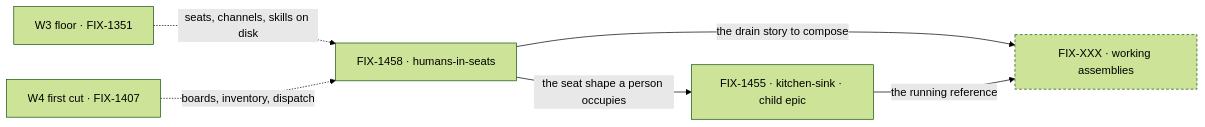
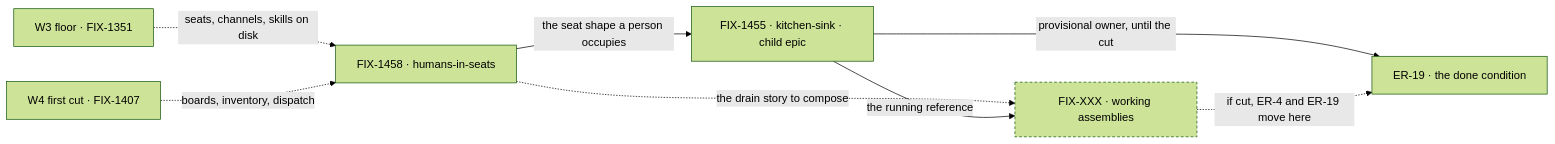
The diagram in spec/_epics/living-workforce/SPEC.md (fixpoint-labs/flow-state-dev), drawn with Mermaid (forest theme) before and after one commit. The commit also changed other lines of this file and 5 other files, not shown here.

````diff
--- a/spec/_epics/living-workforce/SPEC.md
+++ b/spec/_epics/living-workforce/SPEC.md
@@ -57,11 +65,12 @@
 ```mermaid
 flowchart LR
   W3["W3 floor · FIX-1351"] -.->|"seats, channels, skills on disk"| E
   W4["W4 first cut · FIX-1407"] -.->|"boards, inventory, dispatch"| E
   E["FIX-1458 · humans-in-seats"] -->|"the seat shape a person occupies"| K["FIX-1455 · kitchen-sink · child epic"]
-  E -->|"the drain story to compose"| A["FIX-XXX · working assemblies"]
+  E -.->|"the drain story to compose"| A["FIX-XXX · working assemblies"]
   K -->|"the running reference"| A
-  classDef done stroke-width:2px
+  K -->|"provisional owner, until the cut"| P["ER-19 · the done condition"]
+  A -.->|"if cut, ER-4 and ER-19 move here"| P
   classDef proposed stroke-dasharray:4 3
   class A proposed
 ```
````
